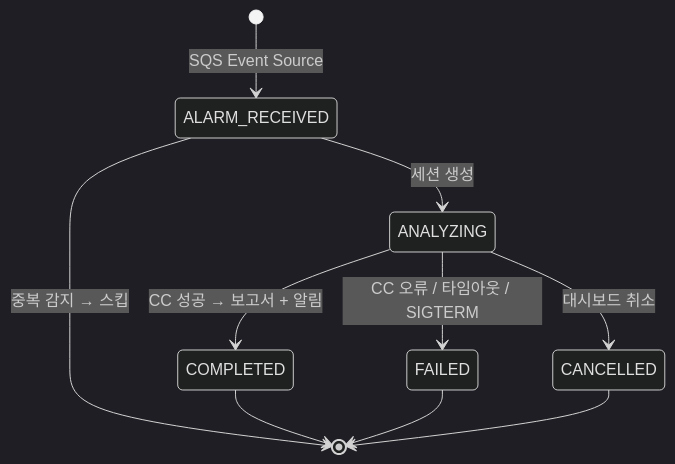
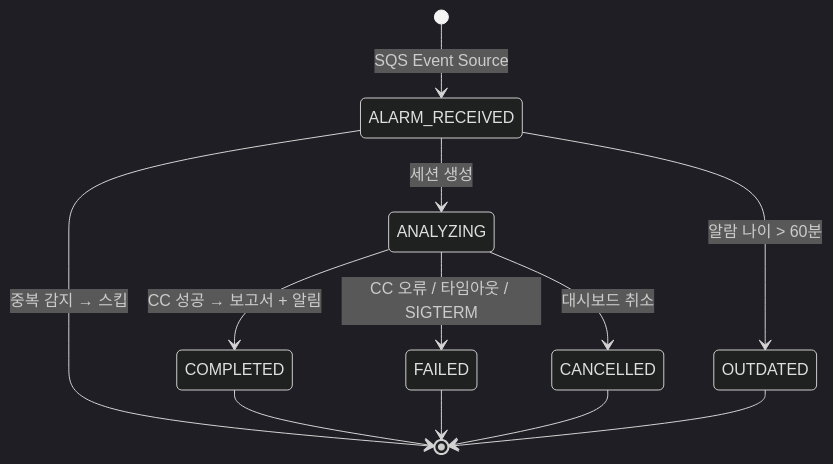
One commit to haandol/rca-agent changed diagram 19 of 25 in docs/system-guide-for-ops.md. Above: the diagram before and after it, drawn with Mermaid (dark theme). The commit also changed other lines of this file, not shown here.

First line of the commit message:
docs(ops): record the stale-alarm skip both engines already perform

````diff
--- a/docs/system-guide-for-ops.md
+++ b/docs/system-guide-for-ops.md
@@ -998,15 +999,18 @@
 ```mermaid
 stateDiagram-v2
     [*] --> ALARM_RECEIVED: SQS Event Source
 
     ALARM_RECEIVED --> ANALYZING: 세션 생성
     ALARM_RECEIVED --> [*]: 중복 감지 → 스킵
 
     ANALYZING --> COMPLETED: CC 성공 → 보고서 + 알림
     ANALYZING --> FAILED: CC 오류 / 타임아웃 / SIGTERM
     ANALYZING --> CANCELLED: 대시보드 취소
 
+    ALARM_RECEIVED --> OUTDATED: 알람 나이 > 60분
+
     COMPLETED --> [*]
     FAILED --> [*]
     CANCELLED --> [*]
+    OUTDATED --> [*]
 ```
````
